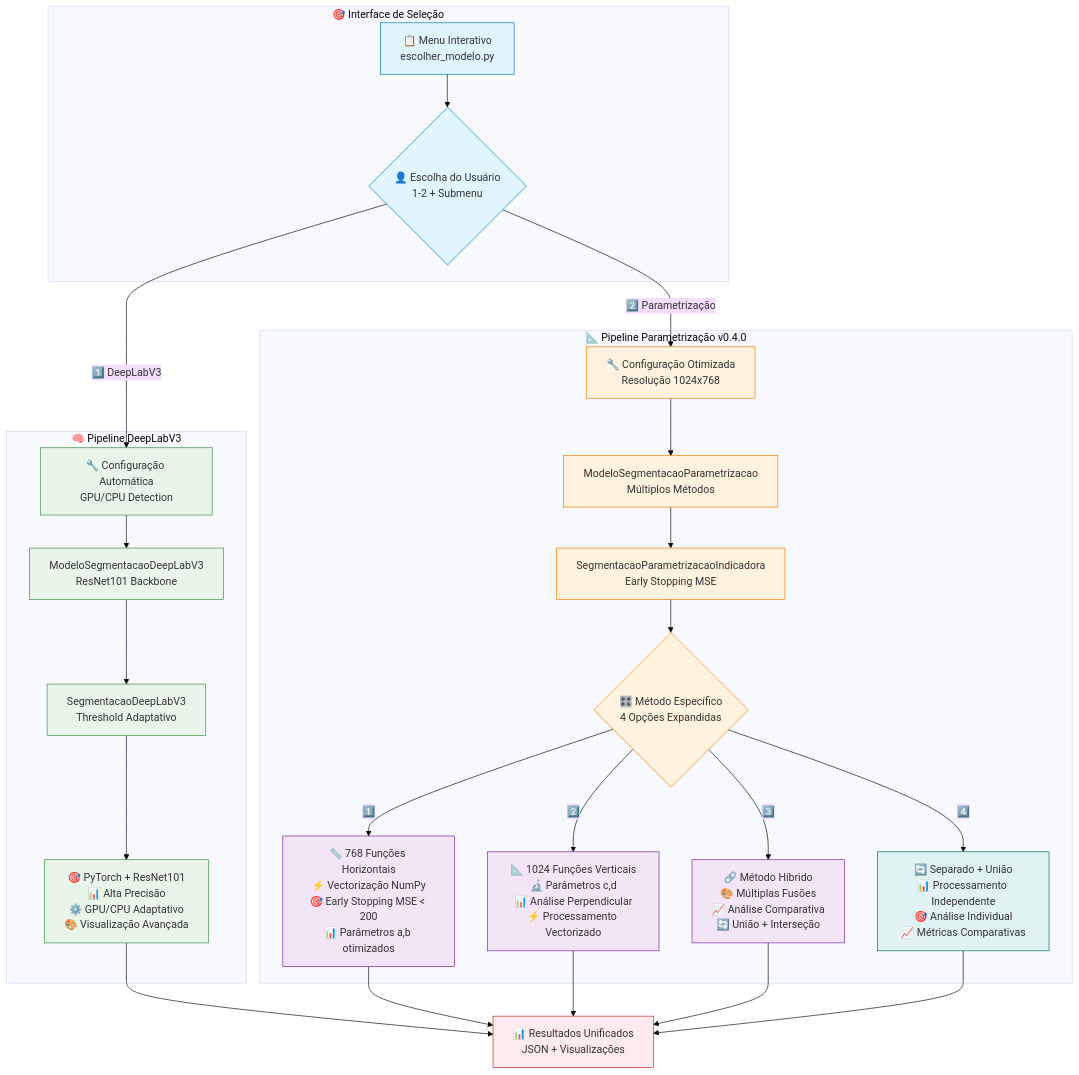
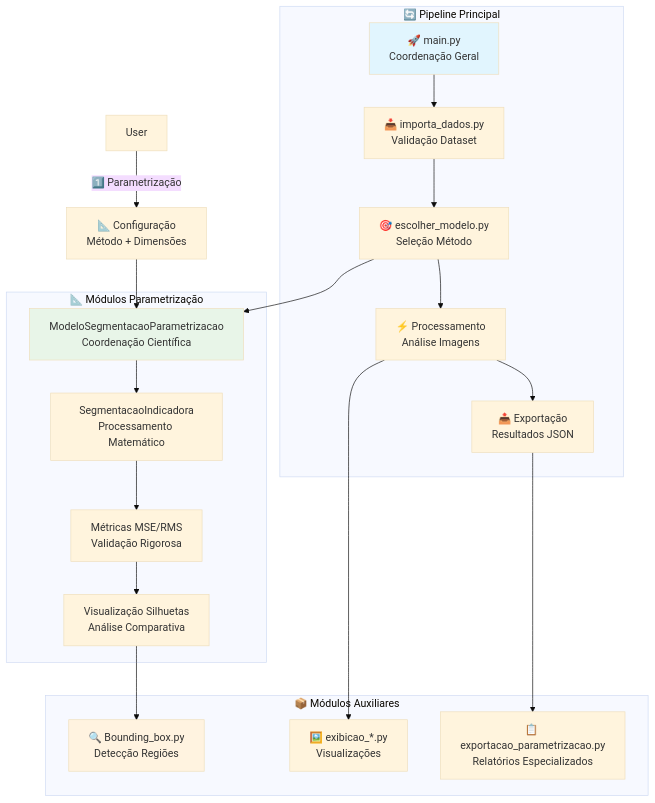
One commit to danilorigitano/DesafioInovia-dev changed the fourth of 9 diagrams in README.md. Above: the diagram before and after it, drawn with Mermaid (base theme). The commit also changed other lines of this file and 8 other files, not shown here.

````diff
--- a/README.md
+++ b/README.md
@@ -391,58 +144,44 @@
 ```mermaid
 graph TB
-    subgraph "🎯 Interface de Seleção"
-        Menu[📋 Menu Interativo<br/>escolher_modelo.py]
-        User{👤 Escolha do Usuário<br/>1-2 + Submenu}
-        Menu --> User
+    subgraph "🔄 Pipeline Principal"
+        Main[🚀 main.py<br/>Coordenação Geral]
+        Import[📥 importa_dados.py<br/>Validação Dataset]
+        Choose[🎯 escolher_modelo.py<br/>Seleção Método]
+        Process[⚡ Processamento<br/>Análise Imagens]
+        Export[📤 Exportação<br/>Resultados JSON]
     end
     
-    subgraph "🧠 Pipeline DeepLabV3"
-        DL_Config[🔧 Configuração Automática<br/>GPU/CPU Detection]
-        DL_Model[ModeloSegmentacaoDeepLabV3<br/>ResNet101 Backbone]
-        DL_Engine[SegmentacaoDeepLabV3<br/>Threshold Adaptativo]
-        DL_Features[🎯 PyTorch + ResNet101<br/>📊 Alta Precisão<br/>⚙️ GPU/CPU Adaptativo<br/>🎨 Visualização Avançada]
-        
-        DL_Config --> DL_Model
-        DL_Model --> DL_Engine
-        DL_Engine --> DL_Features
+    subgraph "📐 Módulos Parametrização"
+        Param_Model[ModeloSegmentacaoParametrizacao<br/>Coordenação Científica]
+        Param_Engine[SegmentacaoIndicadora<br/>Processamento Matemático]
+        Param_Metrics[Métricas MSE/RMS<br/>Validação Rigorosa]
+        Param_Visual[Visualização Silhuetas<br/>Análise Comparativa]
     end
     
-    subgraph "📐 Pipeline Parametrização v0.4.0"
-        Param_Config[🔧 Configuração Otimizada<br/>Resolução 1024x768]
-        Param_Model[ModeloSegmentacaoParametrizacao<br/>Múltiplos Métodos]
-        Param_Engine[SegmentacaoParametrizacaoIndicadora<br/>Early Stopping MSE]
-        Param_Choice{🎛️ Método Específico<br/>4 Opções Expandidas}
-        
-        Param_Config --> Param_Model
-        Param_Model --> Param_Engine
-        Param_Engine --> Param_Choice
-        
-        Param_Choice -->|1️⃣| Linhas_Features[📏 768 Funções Horizontais<br/>⚡ Vectorização NumPy<br/>🎯 Early Stopping MSE < 200<br/>📊 Parâmetros a,b otimizados]
-        Param_Choice -->|2️⃣| Colunas_Features[📐 1024 Funções Verticais<br/>🔬 Parâmetros c,d<br/>📊 Análise Perpendicular<br/>⚡ Processamento Vectorizado]
-        Param_Choice -->|3️⃣| Combined_Features[🔗 Método Híbrido<br/>🎨 Múltiplas Fusões<br/>📈 Análise Comparativa<br/>🔄 União + Interseção]
-        Param_Choice -->|4️⃣| Separated_Features[🔄 Separado + União<br/>📊 Processamento Independente<br/>🎯 Análise Individual<br/>📈 Métricas Comparativas]
+    subgraph "📦 Módulos Auxiliares"
+        BBox[🔍 Bounding_box.py<br/>Detecção Regiões]
+        Display[🖼️ exibicao_*.py<br/>Visualizações]
+        Export_Param[📋 exportacao_parametrizacao.py<br/>Relatórios Especializados]
     end
     
-    User -->|1️⃣ DeepLabV3| DL_Config
-    User -->|2️⃣ Parametrização| Param_Config
+    Main --> Import
+    Import --> Choose
+    Choose --> Process
+    Process --> Export
     
-    DL_Features --> Results[📊 Resultados Unificados<br/>JSON + Visualizações]
-    Linhas_Features --> Results
-    Colunas_Features --> Results
-    Combined_Features --> Results
-    Separated_Features --> Results
+    Choose --> Param_Model
+    Param_Model --> Param_Engine
+    Param_Engine --> Param_Metrics
+    Param_Metrics --> Param_Visual
     
-    classDef interface fill:#E1F5FE,stroke:#0277BD
-    classDef deeplab fill:#E8F5E8,stroke:#388E3C
-    classDef param fill:#FFF3E0,stroke:#F57C00
-    classDef methods fill:#F3E5F5,stroke:#7B1FA2
-    classDef output fill:#FFEBEE,stroke:#C62828
-    classDef advanced fill:#E0F2F1,stroke:#00695C
+    Param_Visual --> BBox
+    Process --> Display
+    Export --> Export_Param
     
-    class Menu,User interface
-    class DL_Config,DL_Model,DL_Engine,DL_Features deeplab
-    class Param_Config,Param_Model,Param_Engine,Param_Choice param
-    class Linhas_Features,Colunas_Features,Combined_Features methods
-    class Separated_Features advanced
-    class Results output
+    User -->|1️⃣ Parametrização| Param_Config[📐 Configuração<br/>Método + Dimensões]
+    Param_Config --> Param_Model
+    
+    style Main fill:#e1f5fe
+    style Param_Model fill:#e8f5e8
+    style BBox fill:#fff3e0
 ```
````
